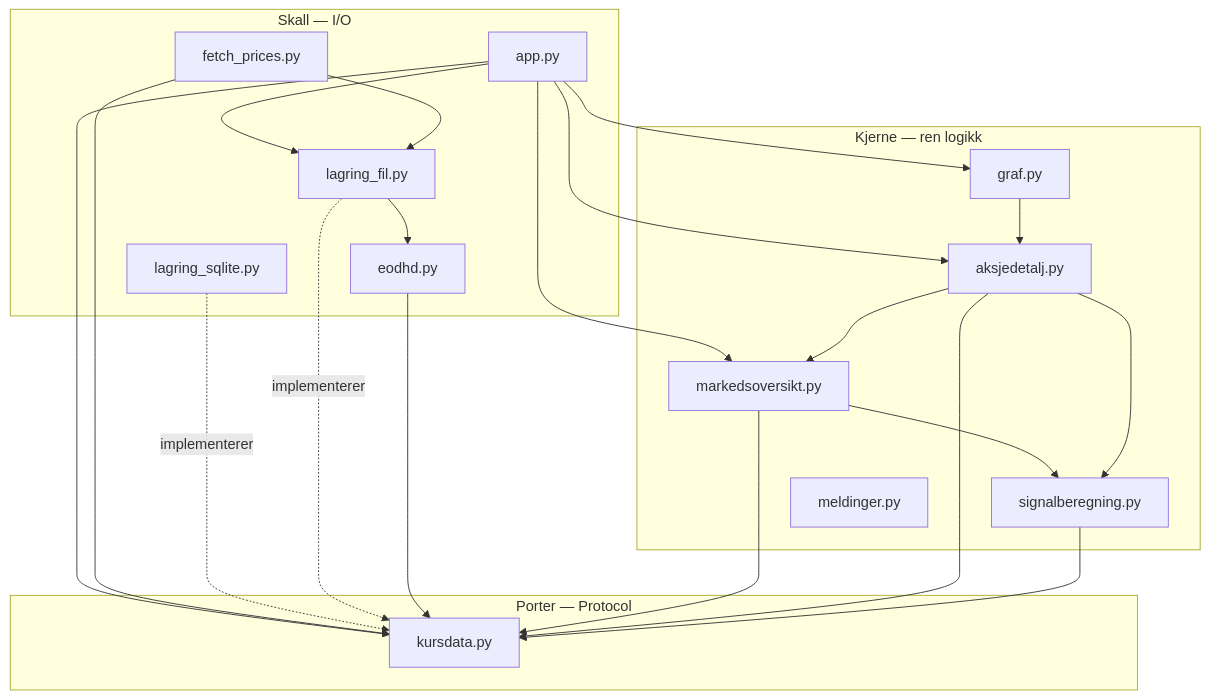
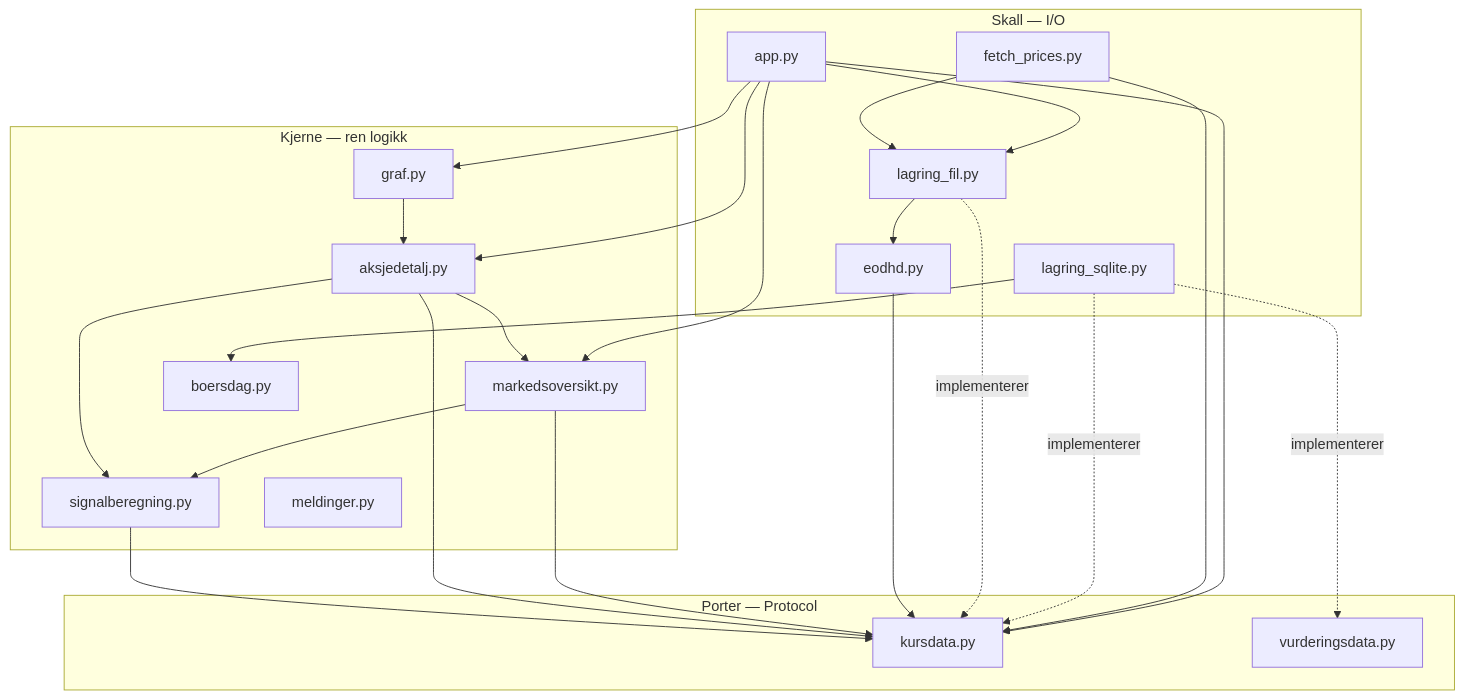
Before and after one commit to IBE160-2026/G74-lund-osen: the first of 3 diagrams in _bmad-output/planning-artifacts/architecture/architecture-G74-lund-osen-2026-09-22/ARCHITECTURE-SPINE.md, drawn with Mermaid. The commit also changed other lines of this file and 10 other files, not shown here.

````diff
--- a/_bmad-output/planning-artifacts/architecture/architecture-G74-lund-osen-2026-09-22/ARCHITECTURE-SPINE.md
+++ b/_bmad-output/planning-artifacts/architecture/architecture-G74-lund-osen-2026-09-22/ARCHITECTURE-SPINE.md
@@ -63,39 +64,43 @@
 ```mermaid
 graph TD
     subgraph skall["Skall — I/O"]
         app["app.py"]
         fetch["fetch_prices.py"]
         sqlite["lagring_sqlite.py"]
         fil["lagring_fil.py"]
         eodhd["eodhd.py"]
     end
     subgraph porter["Porter — Protocol"]
         kursdata["kursdata.py"]
+        vurdering["vurderingsdata.py"]
     end
     subgraph kjerne["Kjerne — ren logikk"]
         marked["markedsoversikt.py"]
         detalj["aksjedetalj.py"]
         graf["graf.py"]
         signal["signalberegning.py"]
         meld["meldinger.py"]
+        boersdag["boersdag.py"]
     end
 
     app --> marked
     app --> detalj
     app --> graf
     app --> kursdata
     app --> fil
     fetch --> kursdata
     fetch --> fil
     sqlite -. implementerer .-> kursdata
+    sqlite -. implementerer .-> vurdering
+    sqlite --> boersdag
     fil -. implementerer .-> kursdata
     fil --> eodhd
     eodhd --> kursdata
     marked --> signal
     marked --> kursdata
     detalj --> signal
     detalj --> marked
     detalj --> kursdata
     graf --> detalj
     signal --> kursdata
 ```
````
